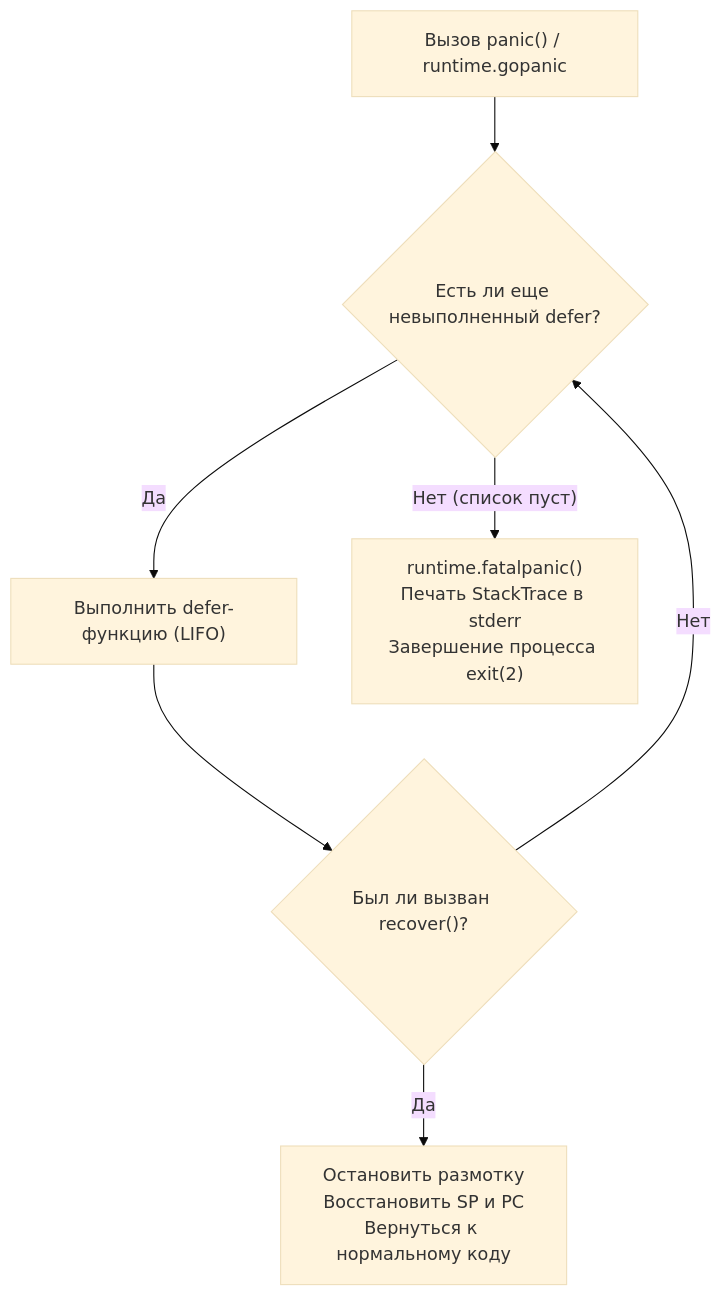
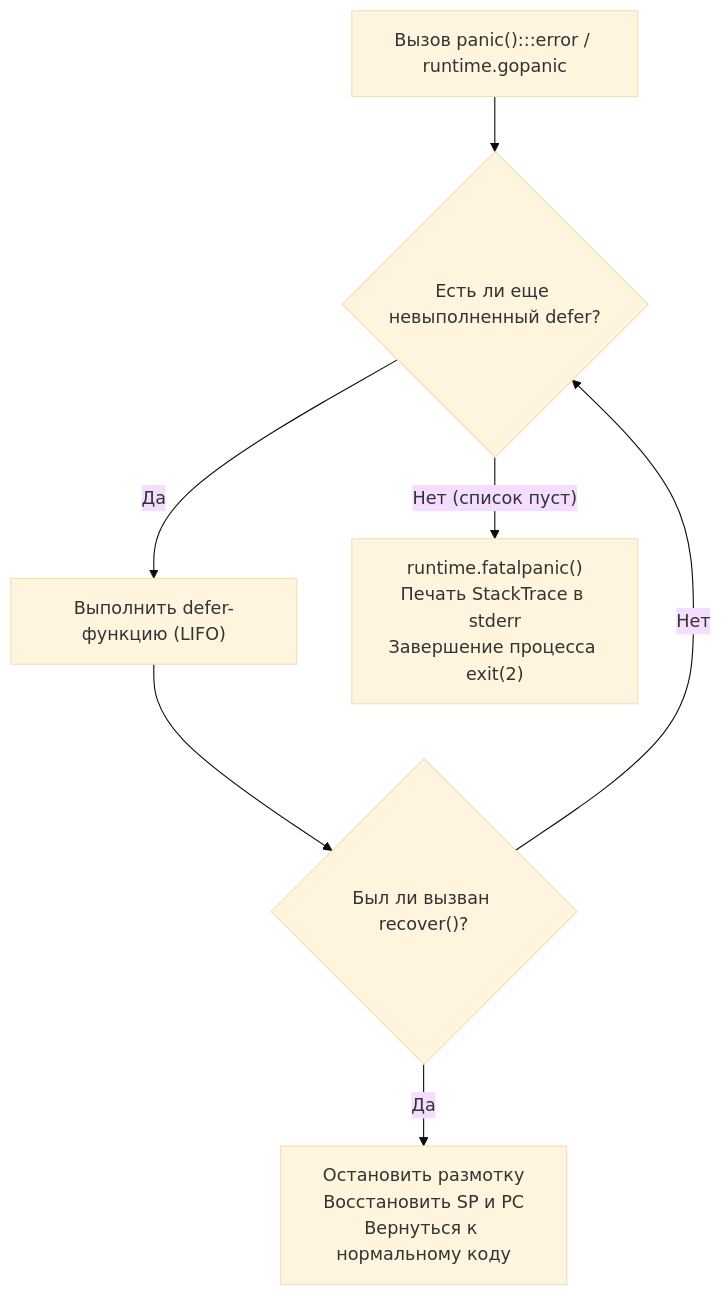
One commit to UnrealTemplier/go-textbook changed the second of 3 diagrams in sources/7. Глубокий Go (Внутреннее устройство)/39. defer, panic и recover под капотом.md. Above: the diagram before and after it, drawn with Mermaid (base theme). The commit also changed other lines of this file and 1666 other files, not shown here.

First line of the commit message:
feat(mermaid): add semantic color classDef to 1369 colorless flowchart/graph diagrams

````diff
--- a/sources/7. Глубокий Go (Внутреннее устройство)/39. defer, panic и recover под капотом.md
+++ b/sources/7. Глубокий Go (Внутреннее устройство)/39. defer, panic и recover под капотом.md
@@ -94,12 +104,22 @@
 ```mermaid
 flowchart TD
-    PANIC["Вызов panic() / runtime.gopanic"] --> GET_DEFER{"Есть ли еще невыполненный defer?"}
+    classDef process  fill:#1e293b,stroke:#38bdf8,stroke-width:1px,color:#f8fafc
+    classDef success  fill:#064e3b,stroke:#34d399,stroke-width:1px,color:#f8fafc
+    classDef error    fill:#7f1d1d,stroke:#f87171,stroke-width:1px,color:#f8fafc
+    classDef warning  fill:#78350f,stroke:#fbbf24,stroke-width:1px,color:#f8fafc
+    classDef entry    fill:#1e3a5f,stroke:#38bdf8,stroke-width:2px,color:#f8fafc
+    classDef aux      fill:#334155,stroke:#64748b,stroke-width:1px,color:#f8fafc
+    classDef system   fill:#312e81,stroke:#a78bfa,stroke-width:1px,color:#f8fafc
+    classDef data     fill:#132d29,stroke:#2dd4bf,stroke-width:1px,color:#f8fafc
+    classDef network  fill:#881337,stroke:#fb7185,stroke-width:1px,color:#f8fafc
+    classDef accent   fill:#1e1b4b,stroke:#818cf8,stroke-width:1px,color:#f8fafc
+    PANIC["Вызов panic():::error / runtime.gopanic"] --> GET_DEFER{"Есть ли еще невыполненный defer?"}
     
     GET_DEFER -->|"Да"| RUN_DEFER["Выполнить defer-функцию (LIFO)"]
     RUN_DEFER --> CHECK_RECOVER{"Был ли вызван recover()?"}
     
     CHECK_RECOVER -->|"Нет"| GET_DEFER
     CHECK_RECOVER -->|"Да"| STOP_PANIC["Остановить размотку<br>Восстановить SP и PC<br>Вернуться к нормальному коду"]
     
     GET_DEFER -->|"Нет (список пуст)"| FATAL["runtime.fatalpanic()<br>Печать StackTrace в stderr<br>Завершение процесса exit(2)"]
 ```
````
